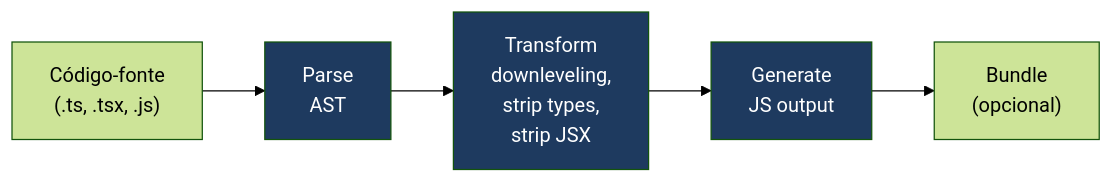
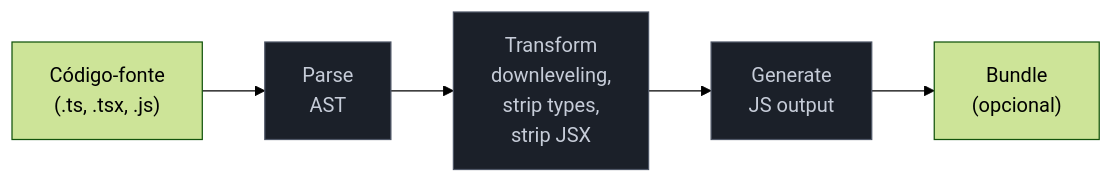
The first of 8 diagrams in 03-Dominios/Tecnologia/Tooling e Build/08 - Transpilação e targets.md (josenaldo/codex-technomanticus), drawn with Mermaid (forest theme) before and after one commit. The commit also changed other lines of this file and 1181 other files, not shown here.

First line of the commit message:
fix(diagramas): paleta do sistema no lugar de cor cravada no markdown

````diff
--- a/03-Dominios/Tecnologia/Tooling e Build/08 - Transpilação e targets.md
+++ b/03-Dominios/Tecnologia/Tooling e Build/08 - Transpilação e targets.md
@@ -131,14 +131,15 @@
 ```mermaid
 flowchart LR
+    classDef neutro fill:#1B2029,stroke:#4E5666,color:#C6CCD8
     A["Código-fonte\n(.ts, .tsx, .js)"]
     B["Parse\nAST"]
     C["Transform\ndownleveling,\nstrip types,\nstrip JSX"]
     D["Generate\nJS output"]
     E["Bundle\n(opcional)"]
 
     A --> B --> C --> D --> E
 
-    style B fill:#1e3a5f,color:#fff
-    style C fill:#1e3a5f,color:#fff
-    style D fill:#1e3a5f,color:#fff
+    class B neutro
+    class C neutro
+    class D neutro
 ```
````
